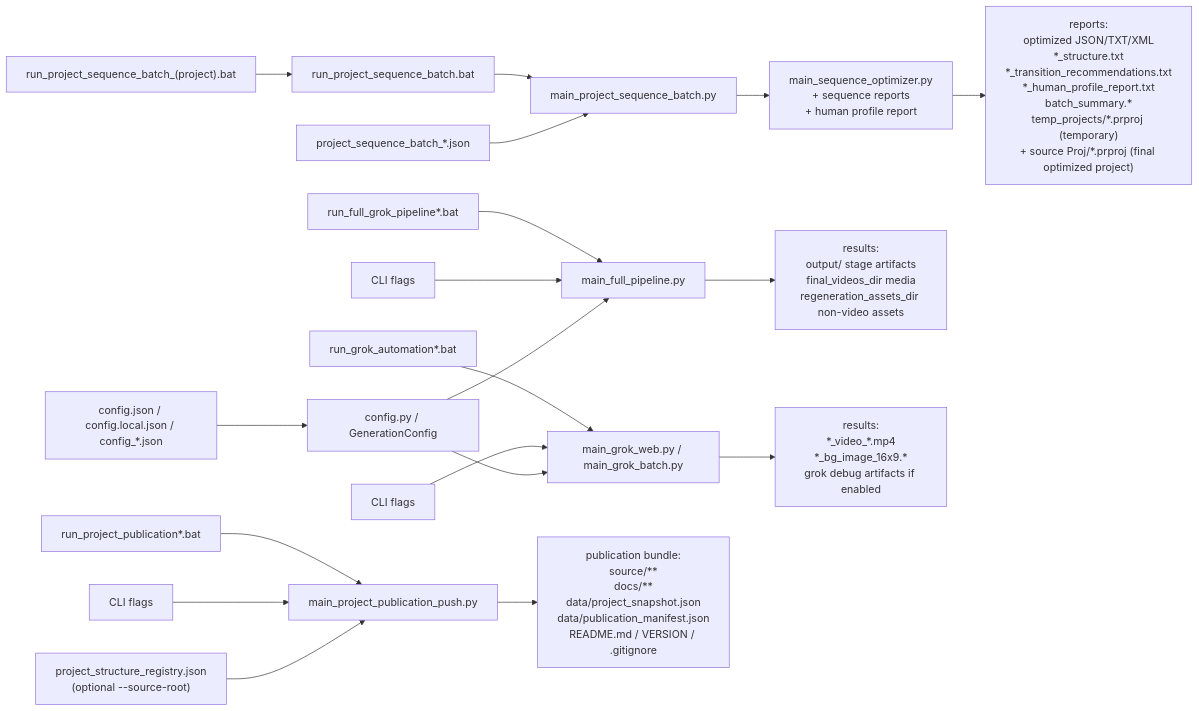
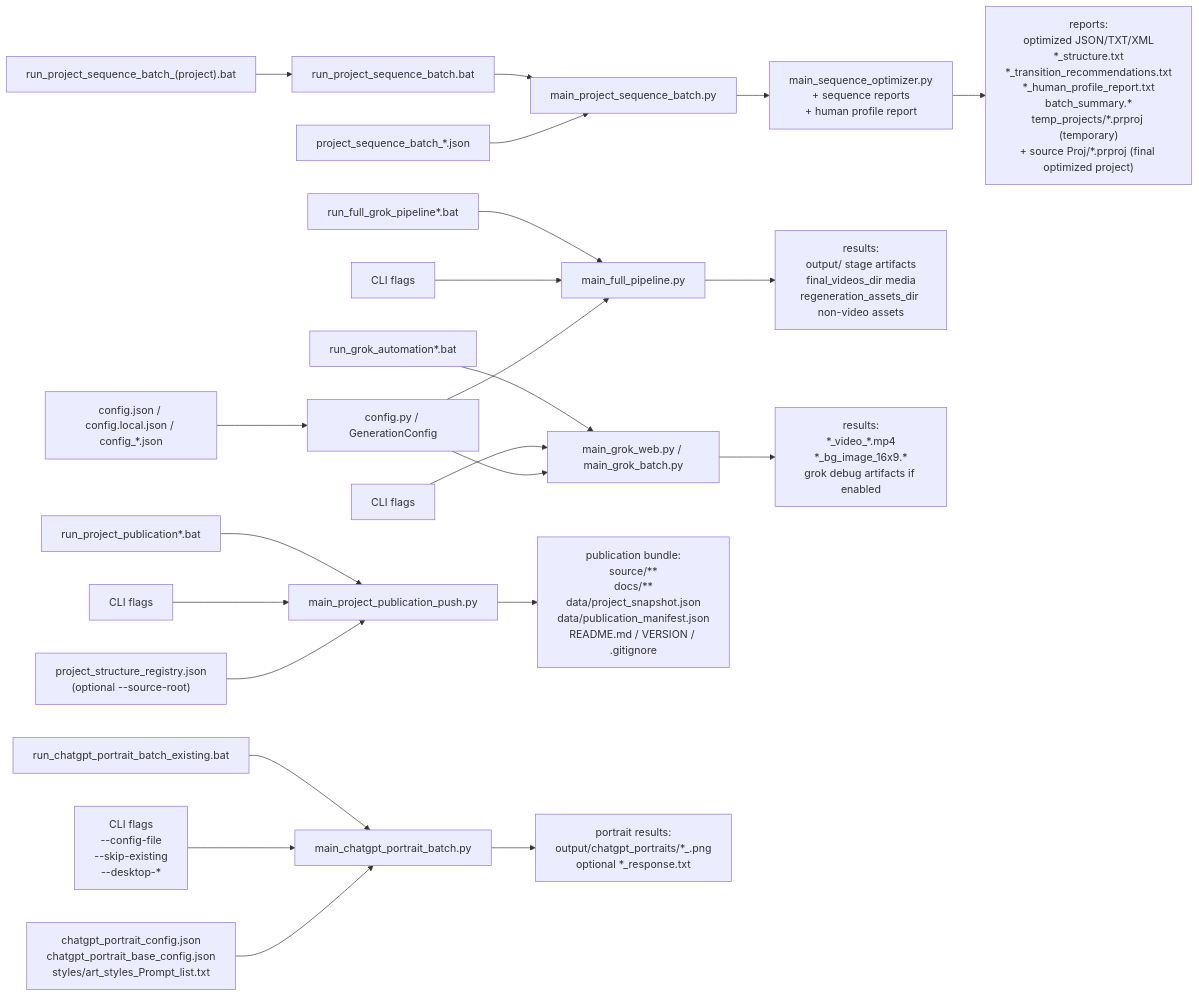
Before and after one commit to sergey-frd/Memory-to-Video_Agent: the diagram in PROJECT_STRUCTURE.md, drawn with Mermaid. The commit also changed other lines of this file and 30 other files, not shown here.

````diff
--- a/PROJECT_STRUCTURE.md
+++ b/PROJECT_STRUCTURE.md
@@ -95,25 +108,29 @@
 ```mermaid
 flowchart LR
   B1["run_full_grok_pipeline*.bat"] --> P1["main_full_pipeline.py"]
   B2["run_grok_automation*.bat"] --> P2["main_grok_web.py / main_grok_batch.py"]
   B3A["run_project_sequence_batch_(project).bat"] --> B3["run_project_sequence_batch.bat"]
   B3 --> P3["main_project_sequence_batch.py"]
   B4["run_project_publication*.bat"] --> P4["main_project_publication_push.py"]
+  B5["run_chatgpt_portrait_batch_existing.bat"] --> P6["main_chatgpt_portrait_batch.py"]
 
   A1["CLI flags"] --> P1
   A2["CLI flags"] --> P2
+  A5["CLI flags\n--config-file\n--skip-existing\n--desktop-*"] --> P6
   C1["config.json / config.local.json / config_*.json"] --> G1["config.py / GenerationConfig"]
   G1 --> P1
   G1 --> P2
+  C5["chatgpt_portrait_config.json\nchatgpt_portrait_base_config.json\nstyles/art_styles_Prompt_list.txt"] --> P6
 
   C3["project_sequence_batch_*.json"] --> P3
   P3 --> P5["main_sequence_optimizer.py\n+ sequence reports\n+ human profile report"]
 
   A4["CLI flags"] --> P4
   R1["project_structure_registry.json\n(optional --source-root)"] --> P4
 
   P1 --> O1["results:\noutput/ stage artifacts\nfinal_videos_dir media\nregeneration_assets_dir non-video assets"]
   P2 --> O2["results:\n*_video_*.mp4\n*_bg_image_16x9.*\ngrok debug artifacts if enabled"]
   P5 --> O3["reports:\noptimized JSON/TXT/XML\n*_structure.txt\n*_transition_recommendations.txt\n*_human_profile_report.txt\nbatch_summary.*\ntemp_projects/*.prproj (temporary)\n+ source Proj/*.prproj (final optimized project)"]
   P4 --> O4["publication bundle:\nsource/**\ndocs/**\ndata/project_snapshot.json\ndata/publication_manifest.json\nREADME.md / VERSION / .gitignore"]
+  P6 --> O5["portrait results:\noutput/chatgpt_portraits/*_<style_slug>.png\noptional *_response.txt"]
 ```
````
